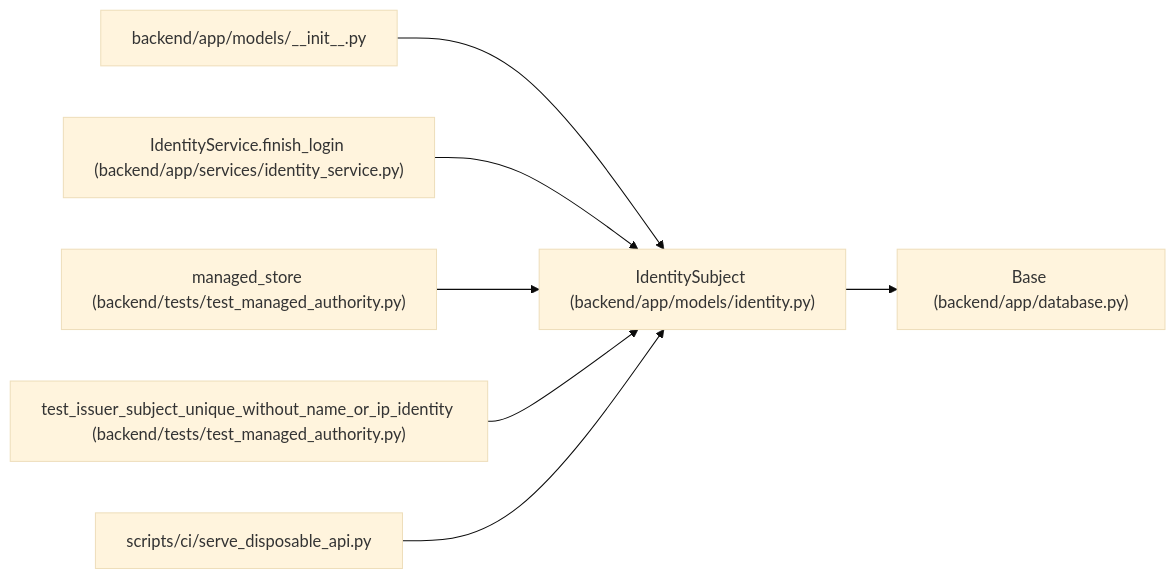
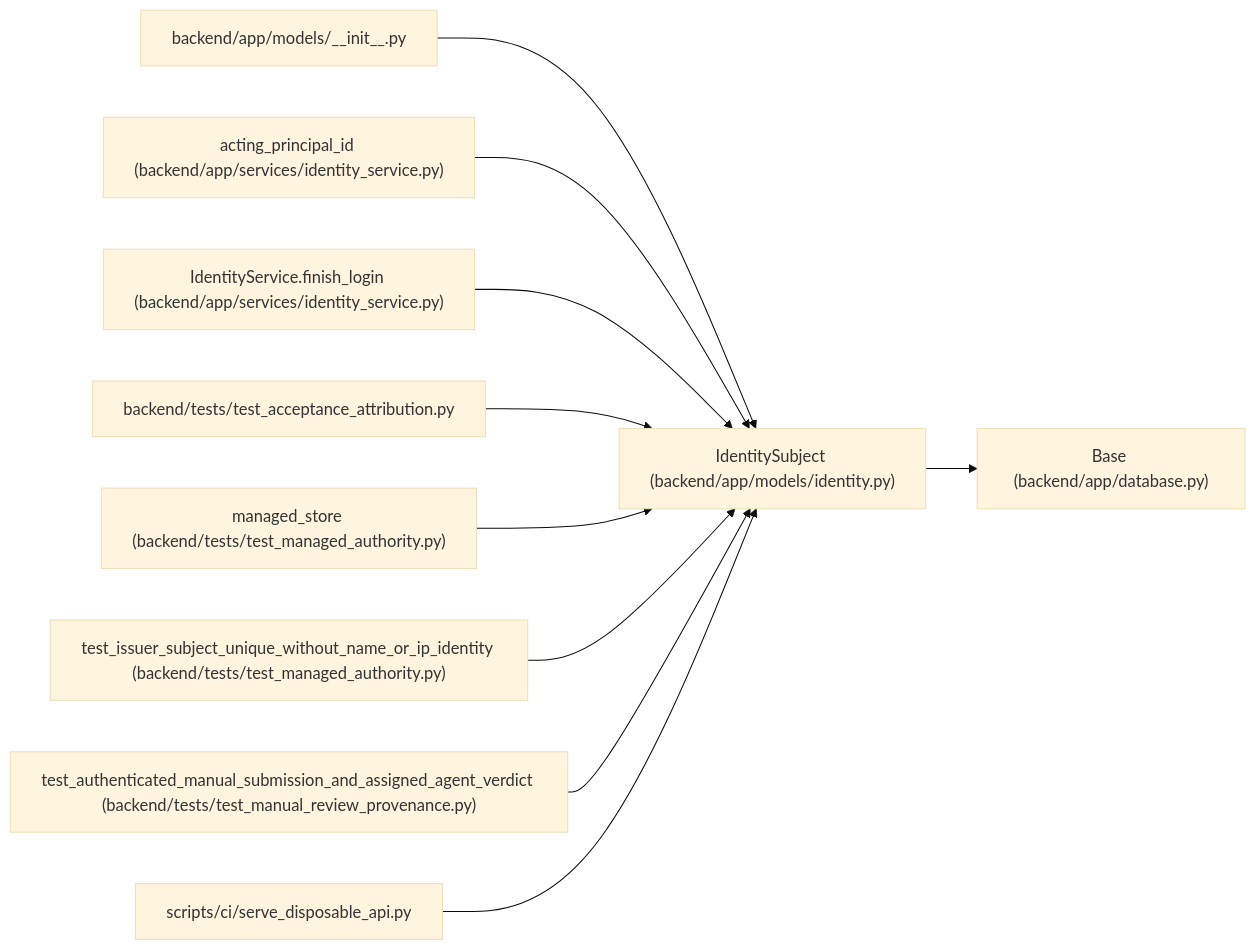
One commit to Denissvgn/WorkChord changed the diagram in docs/llm_wiki/entities/IdentitySubject.md. Above: the diagram before and after it, drawn with Mermaid (base theme). The commit also changed other lines of this file and 2373 other files, not shown here.

Commit message:
Refresh workspace and agent review documentation

````diff
--- a/docs/llm_wiki/entities/IdentitySubject.md
+++ b/docs/llm_wiki/entities/IdentitySubject.md
@@ -29,23 +29,32 @@
 ```mermaid
 flowchart LR
     n0["IdentitySubject (backend/app/models/identity.py)"]
     n1["Base (backend/app/database.py)"]
     n2["backend/app/models/__init__.py"]
-    n3["IdentityService.finish_login (backend/app/services/identity_service.py)"]
-    n4["managed_store (backend/tests/test_managed_authority.py)"]
-    n5["test_issuer_subject_unique_without_name_or_ip_identity (backend/tests/test_managed_authority.py)"]
-    n6["scripts/ci/serve_disposable_api.py"]
+    n3["acting_principal_id (backend/app/services/identity_service.py)"]
+    n4["IdentityService.finish_login (backend/app/services/identity_service.py)"]
+    n5["backend/tests/test_acceptance_attribution.py"]
+    n6["managed_store (backend/tests/test_managed_authority.py)"]
+    n7["test_issuer_subject_unique_without_name_or_ip_identity (backend/tests/test_managed_authority.py)"]
+    n8["test_authenticated_manual_submission_and_assigned_agent_verdict (backend/tests/test_manual_review_provenance.py)"]
+    n9["scripts/ci/serve_disposable_api.py"]
     n0 --> n1
     n2 --> n0
     n3 --> n0
     n4 --> n0
     n5 --> n0
     n6 --> n0
+    n7 --> n0
+    n8 --> n0
+    n9 --> n0
     click n0 "../modules/models_identity.md"
     click n1 "../modules/app_database.md"
     click n2 "../modules/models___init__.md"
     click n3 "../modules/identity_service.md"
-    click n4 "../modules/test_managed_authority.md"
-    click n5 "../modules/test_managed_authority.md"
-    click n6 "../modules/serve_disposable_api.md"
+    click n4 "../modules/identity_service.md"
+    click n5 "../modules/test_acceptance_attribution.md"
+    click n6 "../modules/test_managed_authority.md"
+    click n7 "../modules/test_managed_authority.md"
+    click n8 "../modules/test_manual_review_provenance.md"
+    click n9 "../modules/serve_disposable_api.md"
 ```
````
